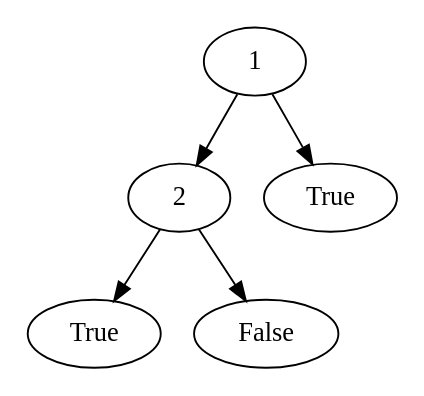
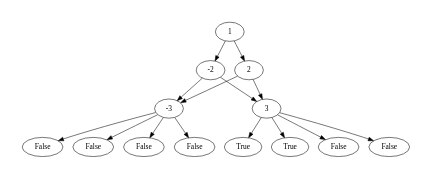
Before and after one commit to GCoiffier/Projet-2: the diagram in test.dot, drawn with Graphviz. The commit also changed 15 other files, not shown here.

```diff
--- a/test.dot
+++ b/test.dot
@@ -1,7 +1,17 @@
 digraph BDD { 
  size = "2,2"; 
+1 -> -2 ; 
 1 -> 2 ; 
-1 -> { l1[label = "True "]} ; 
-2 -> { l2[label = "True "]} ; 
-2 -> { l3[label = "False "]} ; 
+-2 -> -3 ; 
+-2 -> 3 ; 
+-3 -> { l1[label = "False "]} ; 
+-3 -> { l2[label = "False "]} ; 
+3 -> { l3[label = "True "]} ; 
+3 -> { l4[label = "True "]} ; 
+2 -> -3 ; 
+2 -> 3 ; 
+-3 -> { l5[label = "False "]} ; 
+-3 -> { l6[label = "False "]} ; 
+3 -> { l7[label = "False "]} ; 
+3 -> { l8[label = "False "]} ; 
 }
```
